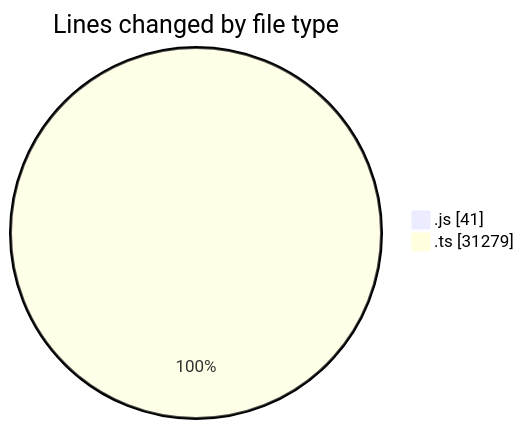
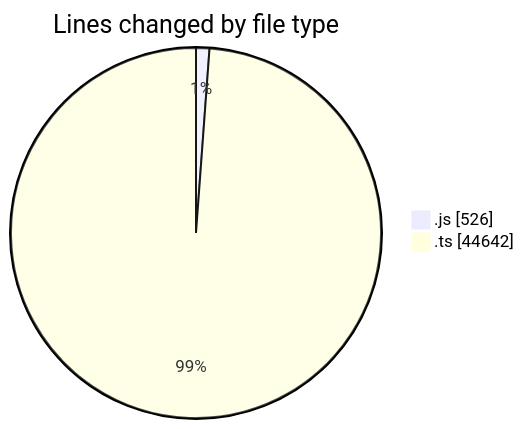
One commit to momahboobian/code-tracking changed the first of 2 diagrams in 2025-06-19/cda/README.md. Above: the diagram before and after it, drawn with Mermaid. The commit also changed other lines of this file and 1 other file, not shown here.

````diff
--- a/2025-06-19/cda/README.md
+++ b/2025-06-19/cda/README.md
@@ -28,6 +30,6 @@
 ```mermaid
 pie showData
 title Lines changed by file type
-".js" : 41
-".ts" : 31279
+".js" : 526
+".ts" : 44642
 ```
````
